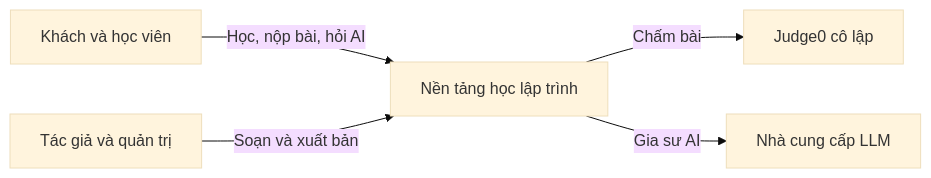
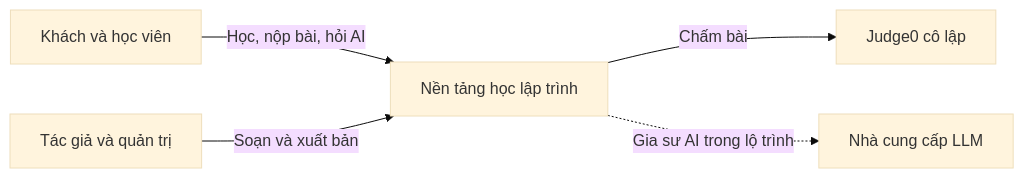
Before and after one commit to Nguyn-Dunx/nen-tang-laptrinh-ai: the first of 2 diagrams in docs/ARCHITECTURE.md, drawn with Mermaid (base theme). The commit also changed other lines of this file and 11 other files, not shown here.

````diff
--- a/docs/ARCHITECTURE.md
+++ b/docs/ARCHITECTURE.md
@@ -12,7 +12,7 @@
 ```mermaid
 flowchart LR
     Learner["Khách và học viên"] -->|"Học, nộp bài, hỏi AI"| Product["Nền tảng học lập trình"]
     Staff["Tác giả và quản trị"] -->|"Soạn và xuất bản"| Product
     Product -->|"Chấm bài"| Judge["Judge0 cô lập"]
-    Product -->|"Gia sư AI"| Provider["Nhà cung cấp LLM"]
+    Product -.->|"Gia sư AI trong lộ trình"| Provider["Nhà cung cấp LLM"]
 ```
````
